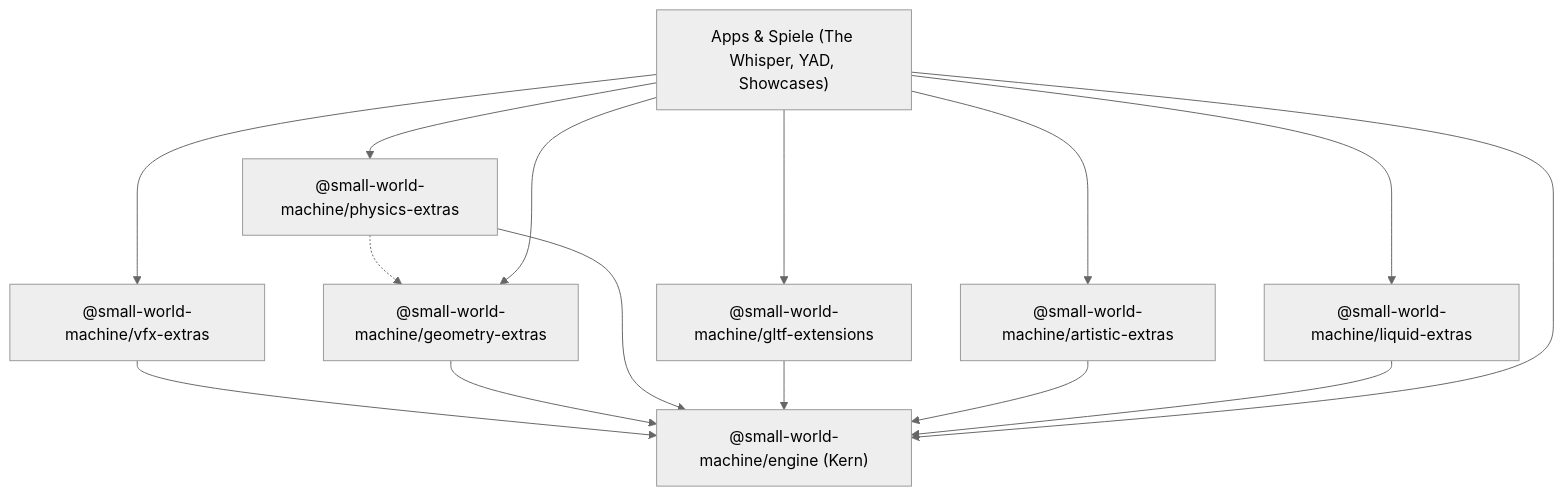
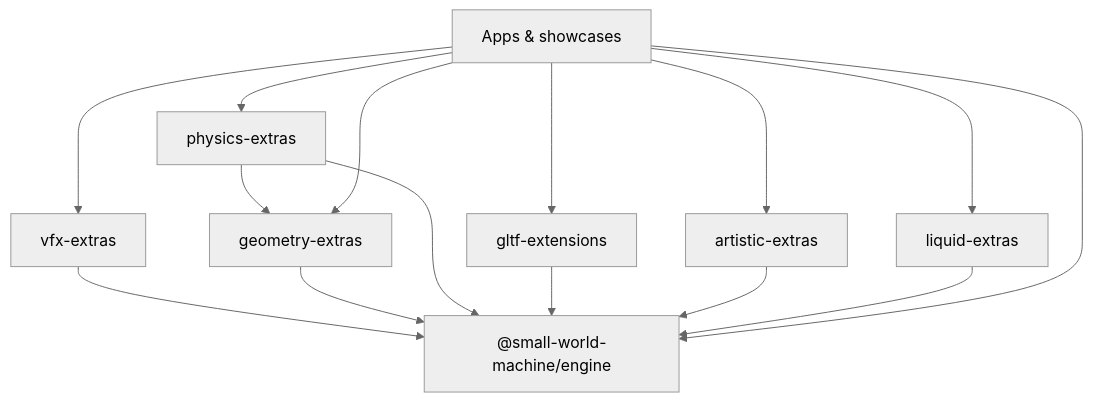
The diagram in docs/extensions/index.md (rottensteiner-stefan/small-world-machine), drawn with Mermaid (neutral theme) before and after one commit. The commit also changed other lines of this file and 6 other files, not shown here.

````diff
--- a/docs/extensions/index.md
+++ b/docs/extensions/index.md
@@ -23,18 +21,18 @@
 ```mermaid
 graph TD
-    Engine["@small-world-machine/engine (Kern)"]
-    VFX["@small-world-machine/vfx-extras"] --> Engine
-    Geom["@small-world-machine/geometry-extras"] --> Engine
-    Phys["@small-world-machine/physics-extras"] --> Engine
-    Phys -.-> Geom
-    GLTF["@small-world-machine/gltf-extensions"] --> Engine
-    Art["@small-world-machine/artistic-extras"] --> Engine
-    Liq["@small-world-machine/liquid-extras"] --> Engine
-    Apps["Apps & Spiele (The Whisper, YAD, Showcases)"] --> Engine
+    Engine["@small-world-machine/engine"]
+    VFX["vfx-extras"] --> Engine
+    Geom["geometry-extras"] --> Engine
+    Phys["physics-extras"] --> Engine
+    Phys --> Geom
+    GLTF["gltf-extensions"] --> Engine
+    Art["artistic-extras"] --> Engine
+    Liq["liquid-extras"] --> Engine
+    Apps["Apps & showcases"] --> Engine
     Apps --> VFX
     Apps --> Geom
     Apps --> Phys
     Apps --> GLTF
     Apps --> Art
     Apps --> Liq
 ```
````
